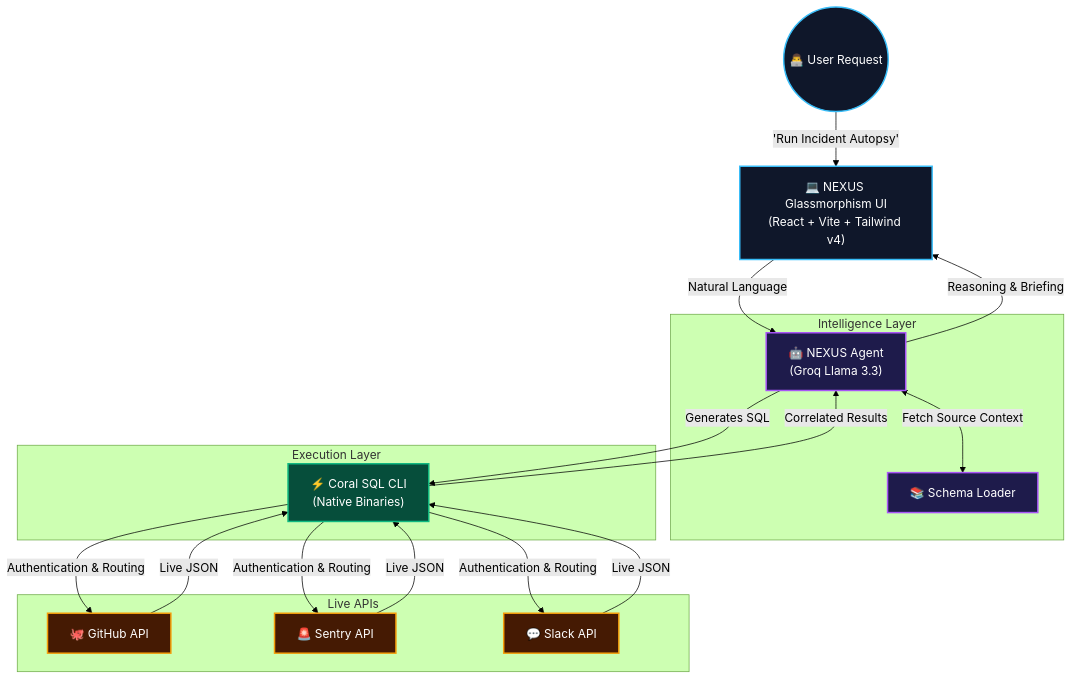
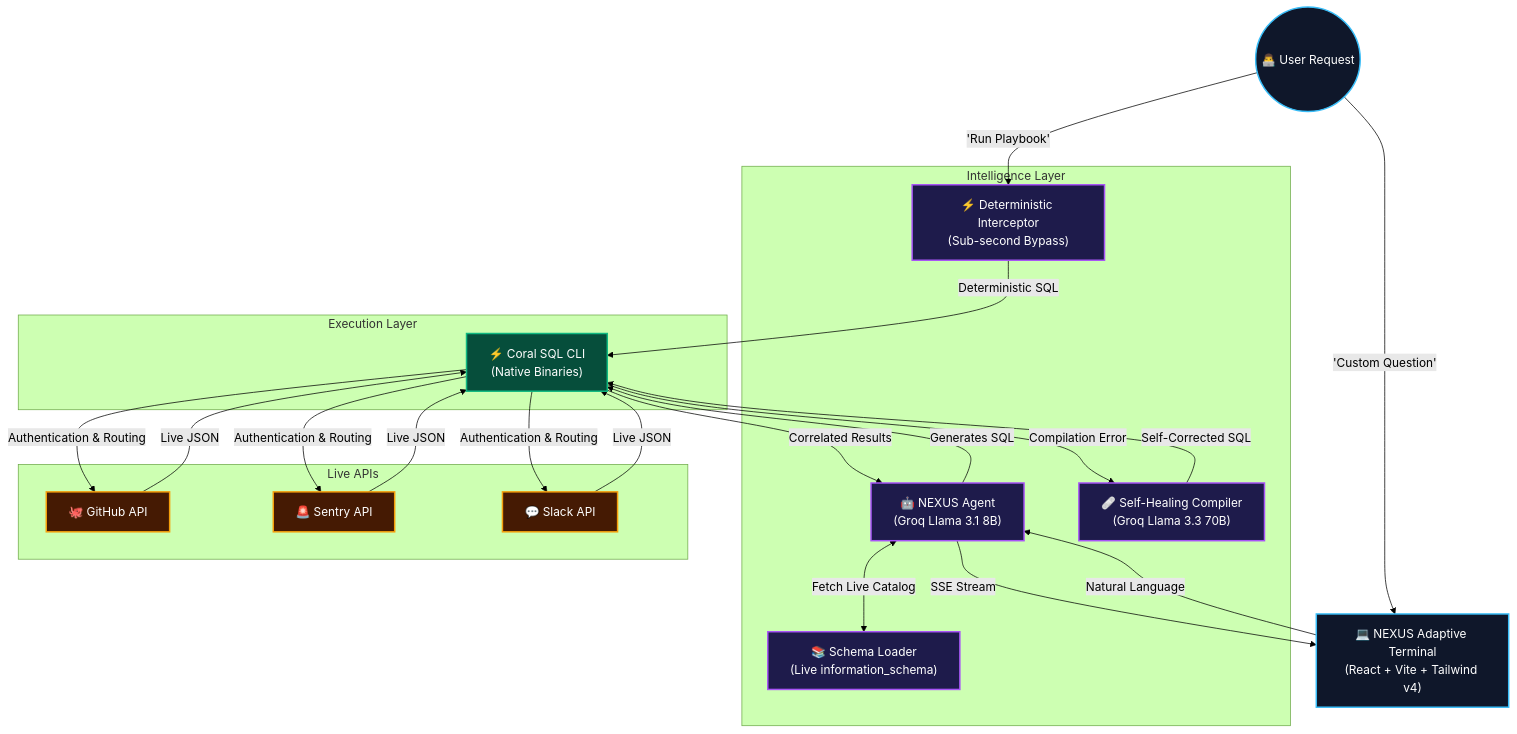
The diagram in README.md (ramakrishnanyadav/Pirates-Of-Coral-Nexus), drawn with Mermaid (forest theme) before and after one commit. The commit also changed other lines of this file, not shown here.

Commit message:
docs: update system architecture and feature list in README.md to reflect new hybrid AI and streaming architecture

````diff
--- a/README.md
+++ b/README.md
@@ -19,41 +19,47 @@
 ```mermaid
 graph TD
     %% Styling
     classDef user fill:#0f172a,stroke:#38bdf8,stroke-width:2px,color:#fff;
     classDef ai fill:#1e1b4b,stroke:#a855f7,stroke-width:2px,color:#fff;
     classDef engine fill:#064e3b,stroke:#10b981,stroke-width:2px,color:#fff;
     classDef api fill:#451a03,stroke:#f59e0b,stroke-width:2px,color:#fff;
 
     %% Nodes
     User(("👨‍💻 User Request")):::user
-    UI["💻 NEXUS Glassmorphism UI\n(React + Vite + Tailwind v4)"]:::user
+    UI["💻 NEXUS Adaptive Terminal\n(React + Vite + Tailwind v4)"]:::user
     
     subgraph Intelligence Layer
-        Agent["🤖 NEXUS Agent\n(Groq Llama 3.3)"]:::ai
-        Schema["📚 Schema Loader"]:::ai
+        Playbook["⚡ Deterministic Interceptor\n(Sub-second Bypass)"]:::ai
+        Agent["🤖 NEXUS Agent\n(Groq Llama 3.1 8B)"]:::ai
+        Healer["🩹 Self-Healing Compiler\n(Groq Llama 3.3 70B)"]:::ai
+        Schema["📚 Schema Loader\n(Live information_schema)"]:::ai
     end
 
     subgraph Execution Layer
         CoralCLI["⚡ Coral SQL CLI\n(Native Binaries)"]:::engine
     end
 
     subgraph Live APIs
         GitHub["🐙 GitHub API"]:::api
         Sentry["🚨 Sentry API"]:::api
         Slack["💬 Slack API"]:::api
     end
 
     %% Connections
-    User -->|'Run Incident Autopsy'| UI
+    User -->|'Run Playbook'| Playbook
+    User -->|'Custom Question'| UI
+    Playbook -->|Deterministic SQL| CoralCLI
     UI -->|Natural Language| Agent
-    Agent <-->|Fetch Source Context| Schema
+    Agent <-->|Fetch Live Catalog| Schema
     Agent -->|Generates SQL| CoralCLI
+    CoralCLI -->|Compilation Error| Healer
+    Healer -->|Self-Corrected SQL| CoralCLI
     CoralCLI -->|Authentication & Routing| GitHub
     CoralCLI -->|Authentication & Routing| Sentry
     CoralCLI -->|Authentication & Routing| Slack
     GitHub -->|Live JSON| CoralCLI
     Sentry -->|Live JSON| CoralCLI
     Slack -->|Live JSON| CoralCLI
     CoralCLI -->|Correlated Results| Agent
-    Agent -->|Reasoning & Briefing| UI
+    Agent -->|SSE Stream| UI
 ```
````
